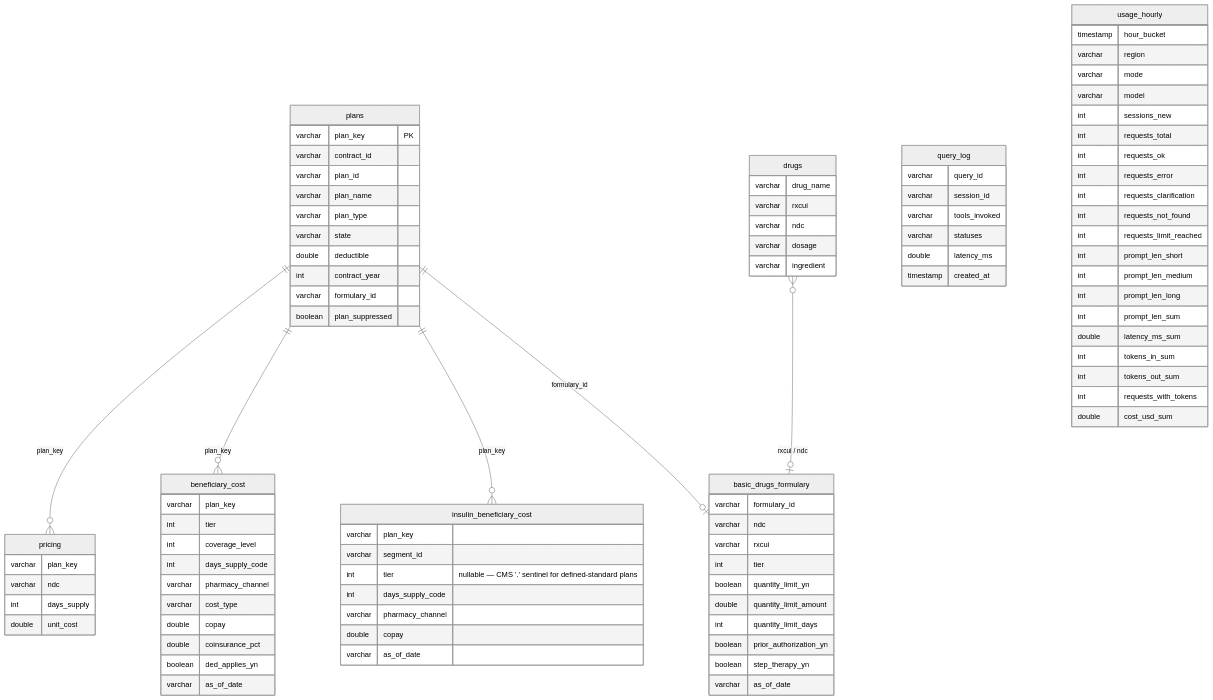
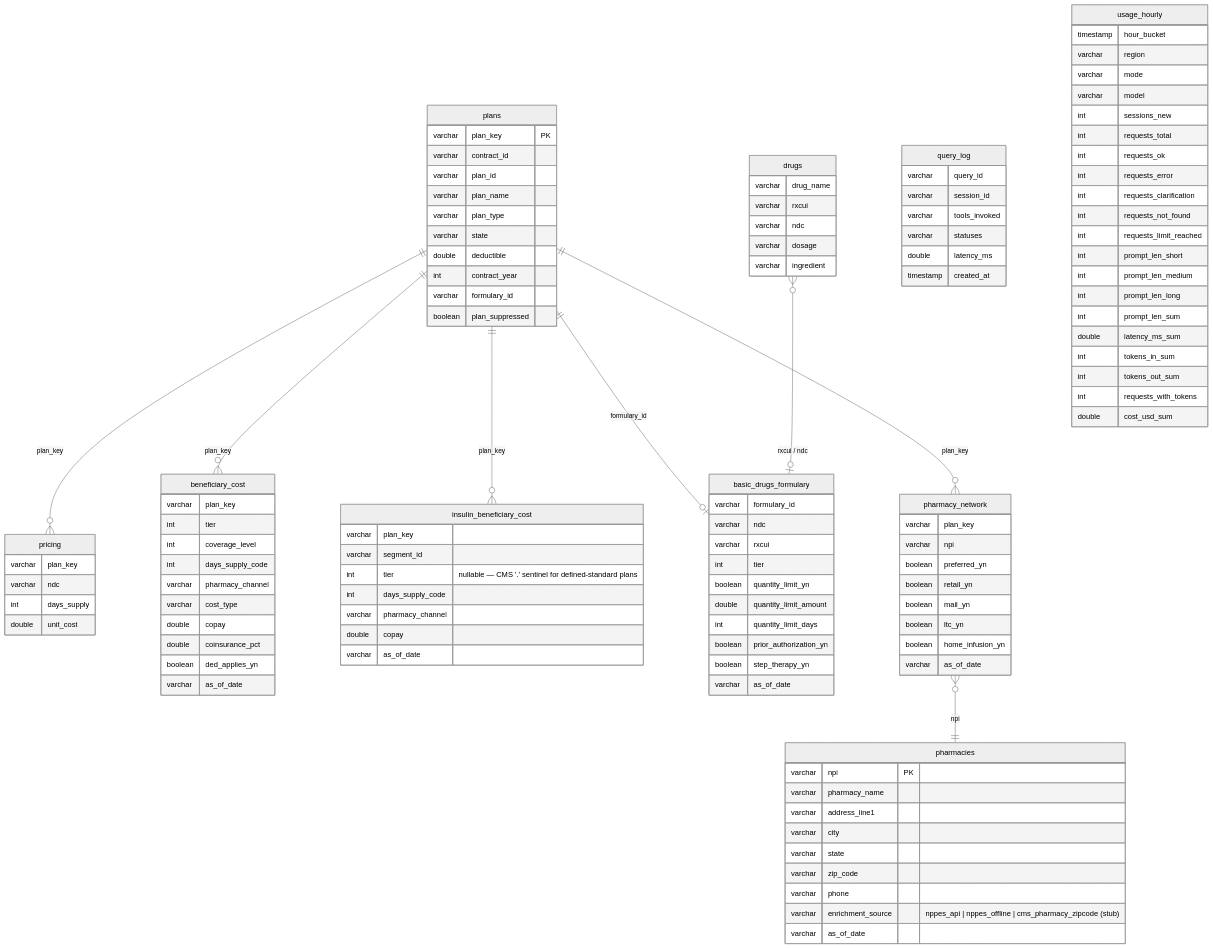
The sixth of 11 diagrams in docs/developer-guide.md (SreeCodes2021/Medicare-drug-cost-navigator), drawn with Mermaid (neutral theme) before and after one commit. The commit also changed other lines of this file and 95 other files, not shown here.

```diff
--- a/docs/developer-guide.md
+++ b/docs/developer-guide.md
@@ -416,6 +416,8 @@
     plans ||--o{ beneficiary_cost : "plan_key"
     plans ||--o{ insulin_beneficiary_cost : "plan_key"
     plans ||--o| basic_drugs_formulary : "formulary_id"
+    plans ||--o{ pharmacy_network : "plan_key"
+    pharmacy_network }o--|| pharmacies : "npi"
     drugs }o--o| basic_drugs_formulary : "rxcui / ndc"
 
     plans {
@@ -482,6 +484,29 @@
         varchar ingredient
     }
 
+    pharmacy_network {
+        varchar plan_key
+        varchar npi
+        boolean preferred_yn
+        boolean retail_yn
+        boolean mail_yn
+        boolean ltc_yn
+        boolean home_infusion_yn
+        varchar as_of_date
+    }
+
+    pharmacies {
+        varchar npi PK
+        varchar pharmacy_name
+        varchar address_line1
+        varchar city
+        varchar state
+        varchar zip_code
+        varchar phone
+        varchar enrichment_source "nppes_api | nppes_offline | cms_pharmacy_zipcode (stub)"
+        varchar as_of_date
+    }
+
     query_log {
         varchar query_id
         varchar session_id
```
